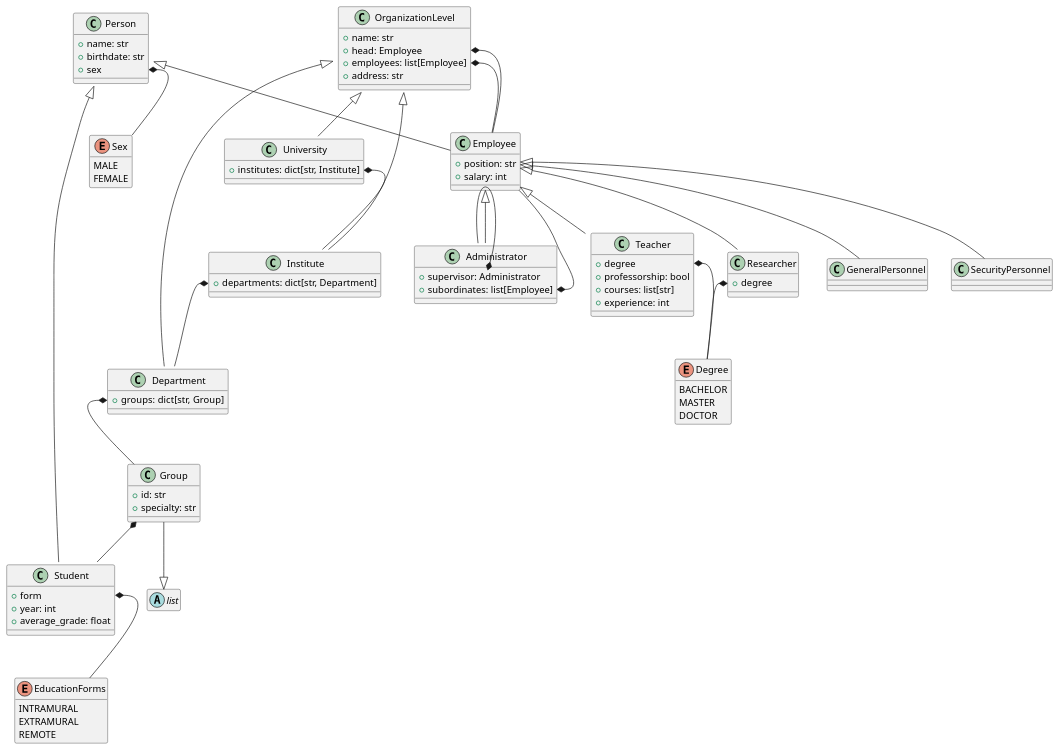
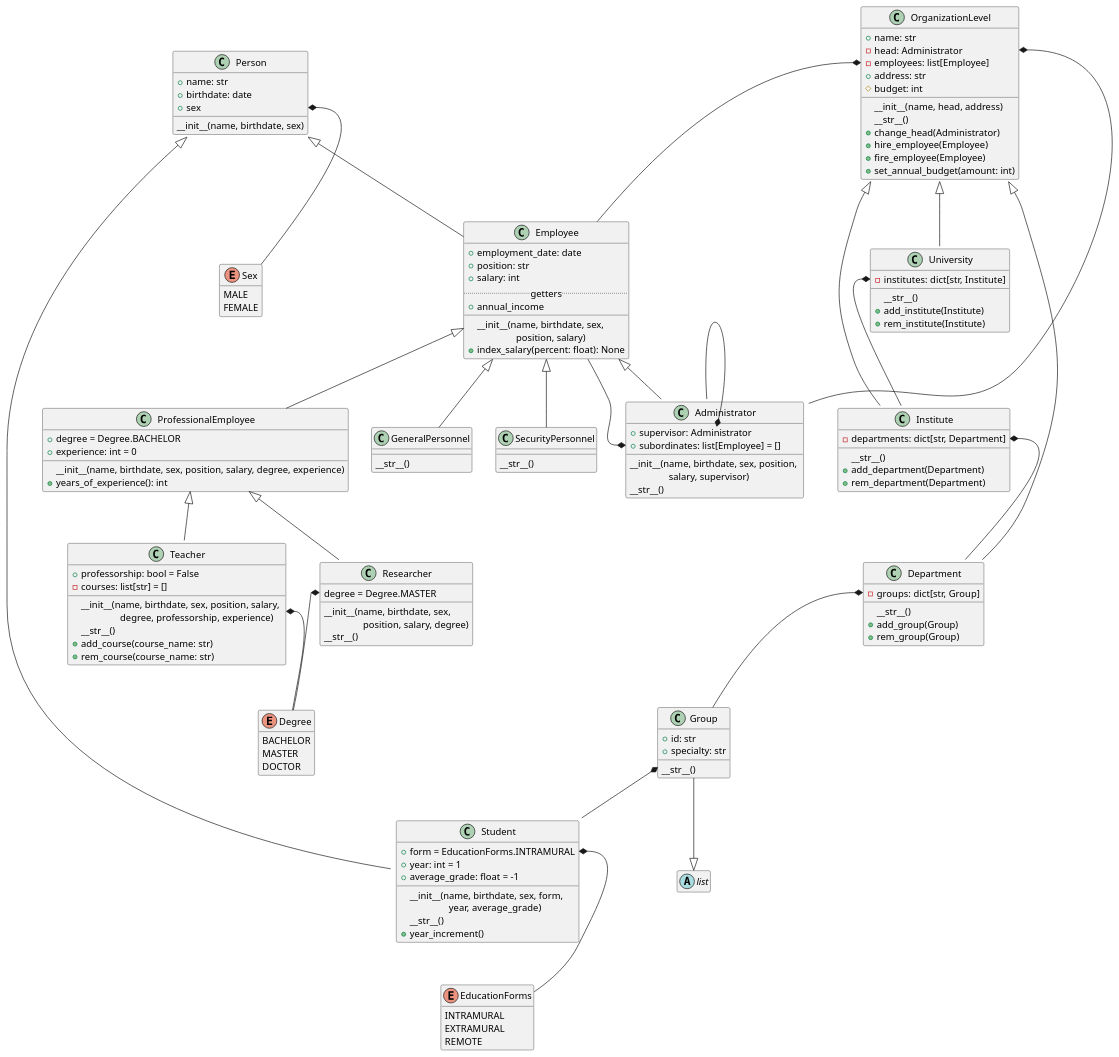
The diagram in university.puml (TOP-Python221/_scripts), drawn with PlantUML before and after one commit. The commit also changed 1 other file, not shown here.

```diff
--- a/university.puml
+++ b/university.puml
@@ -1,122 +1,165 @@
 @startuml
 'skinparam groupInheritance 3
 
 enum Sex {
     MALE
     FEMALE
 }
 hide Sex empty members
 
 enum Degree {
     BACHELOR
     MASTER
     DOCTOR
 }
 hide Degree empty members
 
 enum EducationForms {
     INTRAMURAL
     EXTRAMURAL
     REMOTE
 }
 hide EducationForms empty members
 
 
 class Person {
     +name: str
-    +birthdate: str
+    +birthdate: date
     +sex
+    __init__(name, birthdate, sex)
 }
 
 class Employee {
+    +employment_date: date
     +position: str
     +salary: int
+    .. getters ..
+    +annual_income
+    __
+    __init__(name, birthdate, sex, \n\t\tposition, salary)
+    +index_salary(percent: float): None
+}
+
+class ProfessionalEmployee {
+    +degree = Degree.BACHELOR
+    +experience: int = 0
+    __init__(name, birthdate, sex, position, salary, degree, experience)
+    +years_of_experience(): int
 }
 
 class Teacher {
-    +degree
-    +professorship: bool
-    +courses: list[str]
-    +experience: int
+    +professorship: bool = False
+    -courses: list[str] = []
+    __init__(name, birthdate, sex, position, salary, \n\t\tdegree, professorship, experience)
+    __str__()
+    +add_course(course_name: str)
+    +rem_course(course_name: str)
 }
 
 class Researcher {
-    +degree
+    degree = Degree.MASTER
+    __init__(name, birthdate, sex, \n\t\tposition, salary, degree)
+    __str__()
 }
 
 class GeneralPersonnel
+GeneralPersonnel : __str__()
 
 class SecurityPersonnel
+SecurityPersonnel : __str__()
 
 class Administrator {
     +supervisor: Administrator
-    +subordinates: list[Employee]
+    +subordinates: list[Employee] = []
+    __init__(name, birthdate, sex, position, \n\t\tsalary, supervisor)
+    __str__()
 }
 
 class Student {
-    +form
-    +year: int
-    +average_grade: float
+    +form = EducationForms.INTRAMURAL
+    +year: int = 1
+    +average_grade: float = -1
+    __init__(name, birthdate, sex, form, \n\t\tyear, average_grade)
+    __str__()
+    +year_increment()
 }
 
 
 class OrganizationLevel {
     +name: str
-    +head: Employee
-    +employees: list[Employee]
+    -head: Administrator
+    -employees: list[Employee]
     +address: str
+    #budget: int
+    __init__(name, head, address)
+    __str__()
+    +change_head(Administrator)
+    +hire_employee(Employee)
+    +fire_employee(Employee)
+    +set_annual_budget(amount: int)
 }
 
 class University {
-    +institutes: dict[str, Institute]
+    -institutes: dict[str, Institute]
+    __str__()
+    +add_institute(Institute)
+    +rem_institute(Institute)
 }
 
 class Institute {
-    +departments: dict[str, Department]
+    -departments: dict[str, Department]
+    __str__()
+    +add_department(Department)
+    +rem_department(Department)
 }
 
 class Department {
-    +groups: dict[str, Group]
+    -groups: dict[str, Group]
+    __str__()
+    +add_group(Group)
+    +rem_group(Group)
 }
 
 
 abstract list
 class Group {
     +id: str
     +specialty: str
+    __str__()
 }
 hide list empty members
 
 
 OrganizationLevel <|-- University
 OrganizationLevel <|-- Institute
 OrganizationLevel <|-- Department
 
 University::institutes *-- Institute
 Institute::departments *-- Department
 Department::groups *-- Group
 
-OrganizationLevel::head *-- Employee
+OrganizationLevel::head *-- Administrator
 OrganizationLevel::employees *-- Employee
 
 Group --|> list
 Group *-- Student
 
 Person::sex *-- Sex
 Person <|-- Employee
 Employee <|-- Administrator
-Employee <|-- Teacher
-Employee <|-- Researcher
+Employee <|-- ProfessionalEmployee
 Employee <|-- SecurityPersonnel
 Employee <|-- GeneralPersonnel
+ProfessionalEmployee <|-- Teacher
+ProfessionalEmployee <|-- Researcher
 Person <|-- Student
 
 Teacher::degree *-- Degree
 Researcher::degree *-- Degree
 
 Administrator::supervisor *-- Administrator
 Administrator::subordinates *-- Employee
 
 Student::form *-- EducationForms
 
 @enduml
```
